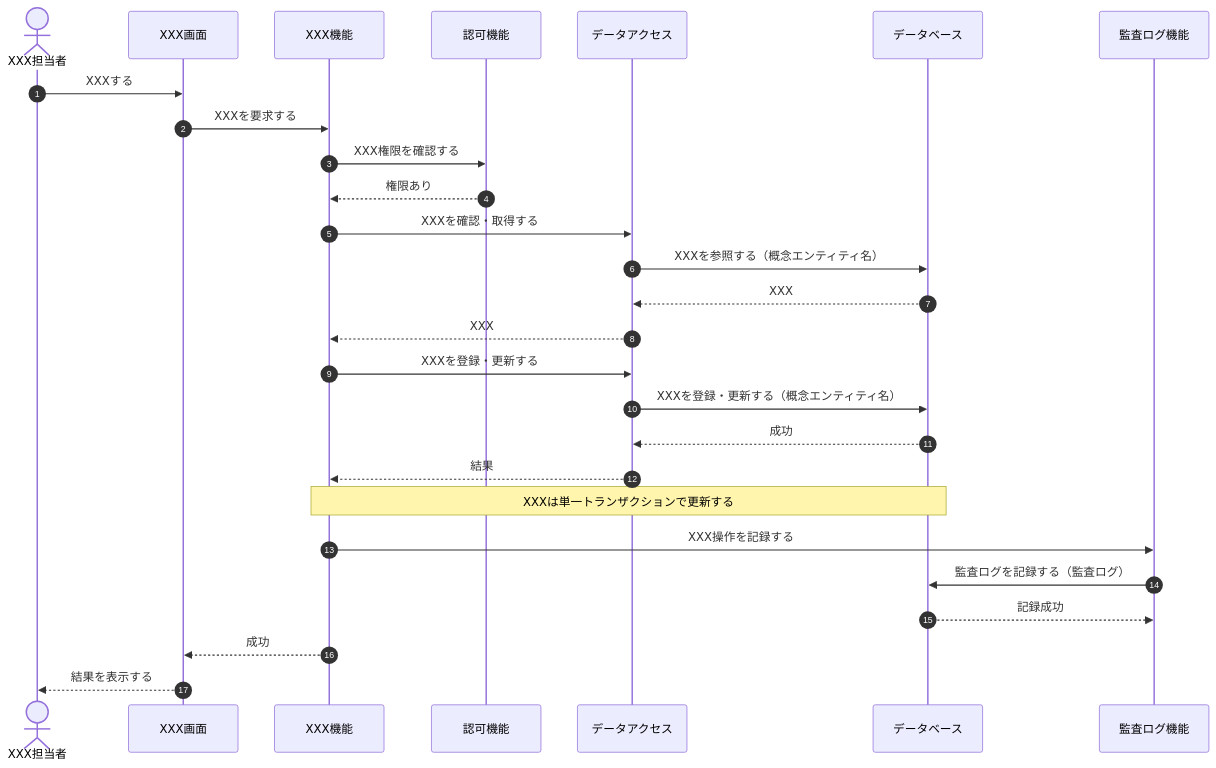
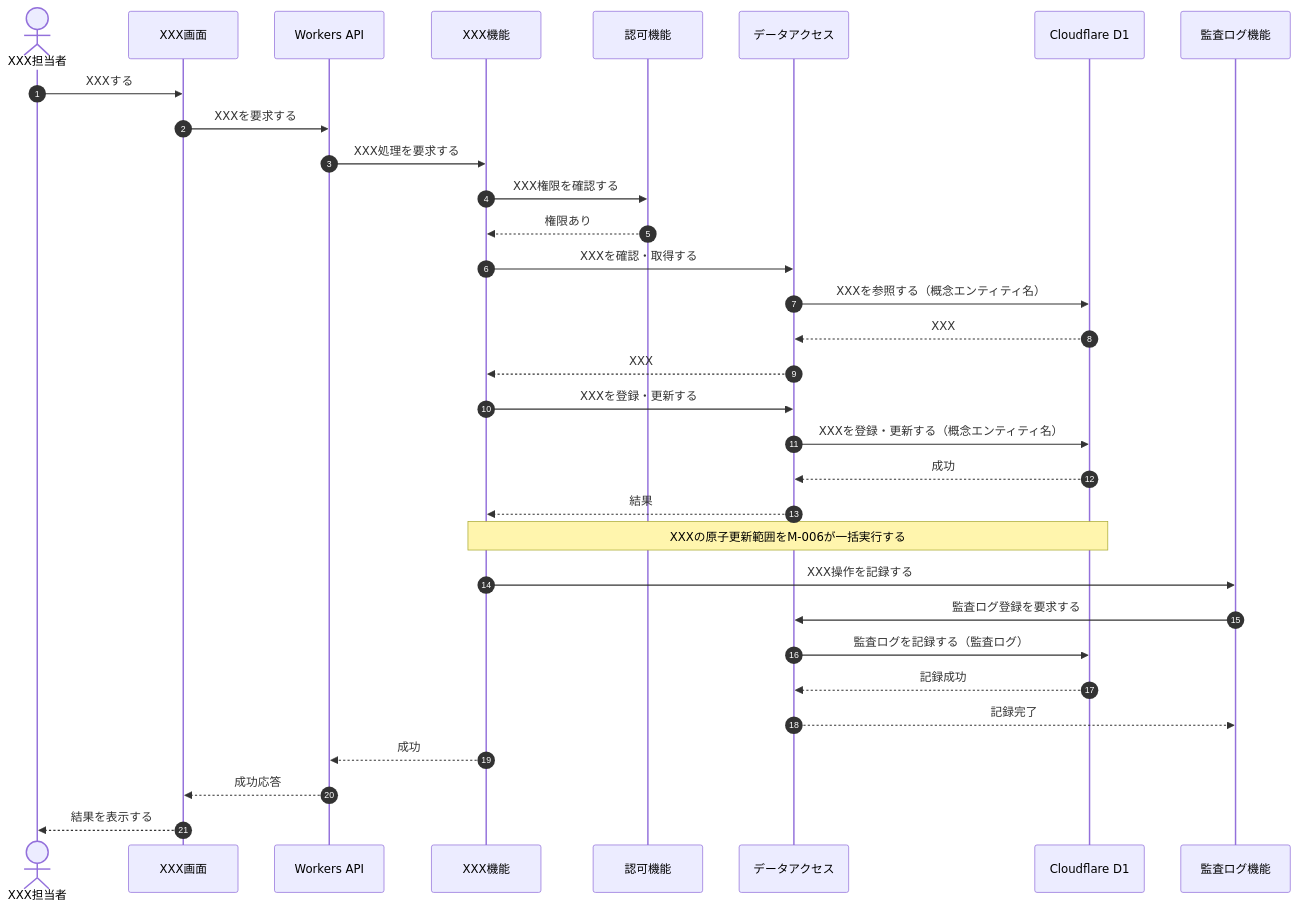
Before and after one commit to sikakou54/system-document-template: the first of 5 diagrams in 統合設計書/テンプレート/03_シーケンス設計.md, drawn with Mermaid. The commit also changed other lines of this file and 40 other files, not shown here.

````diff
--- a/統合設計書/テンプレート/03_シーケンス設計.md
+++ b/統合設計書/テンプレート/03_シーケンス設計.md
@@ -77,30 +86,35 @@
 ```mermaid
 sequenceDiagram
     autonumber
     actor A as XXX担当者
     participant UI as XXX画面
+    participant API as Workers API
     participant APP as XXX機能
     participant AUTH as 認可機能
     participant DATA as データアクセス
-    participant DB as データベース
+    participant DB as Cloudflare D1
     participant AUDIT as 監査ログ機能
 
     A->>UI: XXXする
-    UI->>APP: XXXを要求する
+    UI->>API: XXXを要求する
+    API->>APP: XXX処理を要求する
     APP->>AUTH: XXX権限を確認する
     AUTH-->>APP: 権限あり
     APP->>DATA: XXXを確認・取得する
     DATA->>DB: XXXを参照する（概念エンティティ名）
     DB-->>DATA: XXX
     DATA-->>APP: XXX
     APP->>DATA: XXXを登録・更新する
     DATA->>DB: XXXを登録・更新する（概念エンティティ名）
     DB-->>DATA: 成功
     DATA-->>APP: 結果
-    Note over APP,DB: XXXは単一トランザクションで更新する
+    Note over APP,DB: XXXの原子更新範囲をM-006が一括実行する
     APP->>AUDIT: XXX操作を記録する
-    AUDIT->>DB: 監査ログを記録する（監査ログ）
-    DB-->>AUDIT: 記録成功
-    APP-->>UI: 成功
+    AUDIT->>DATA: 監査ログ登録を要求する
+    DATA->>DB: 監査ログを記録する（監査ログ）
+    DB-->>DATA: 記録成功
+    DATA-->>AUDIT: 記録完了
+    APP-->>API: 成功
+    API-->>UI: 成功応答
     UI-->>A: 結果を表示する
 ```
````
